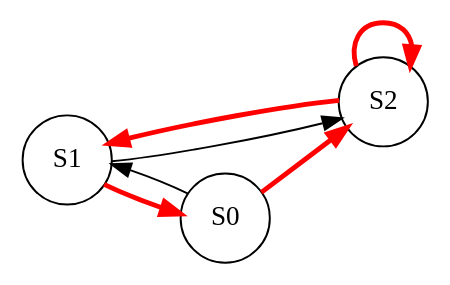
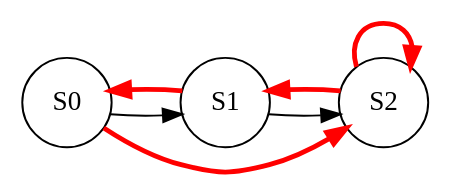
One commit to Leo2999/mpar-projet changed the diagram in MarkovPath.gv. Above: the diagram before and after it, drawn with Graphviz. The commit also changed other lines of this file and 2 other files, not shown here.

```diff
--- a/MarkovPath.gv
+++ b/MarkovPath.gv
@@ -1,13 +1,13 @@
 digraph MarkovPath {
 	rankdir=LR size="8,5"
 	node [shape=circle]
+	S0
 	S1
 	S2
-	S0
 	S0 -> S1 [color=black]
 	S0 -> S2 [color=red penwidth=2.5]
 	S1 -> S0 [color=red penwidth=2.5]
 	S1 -> S2 [color=black]
 	S2 -> S2 [color=red penwidth=2.5]
 	S2 -> S1 [color=red penwidth=2.5]
 }
```
